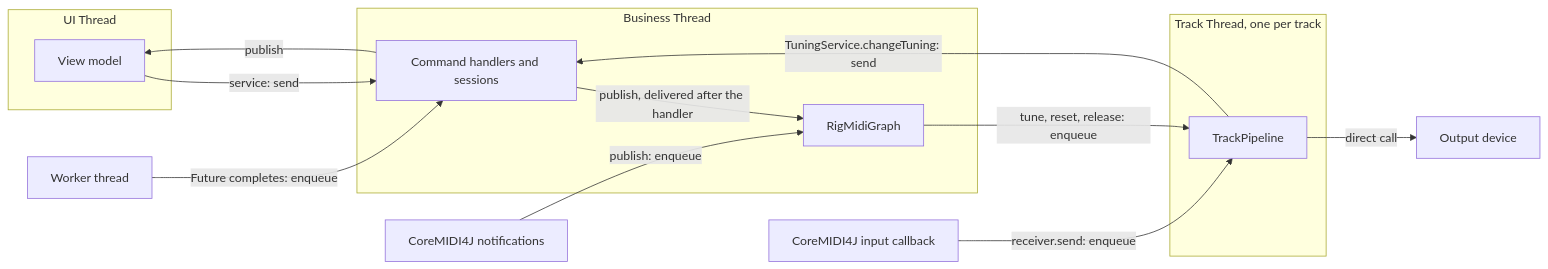
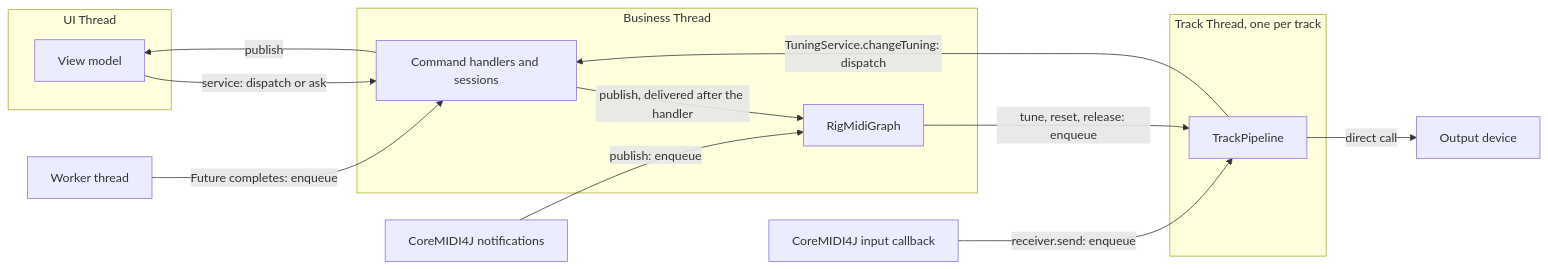
One commit to calinburloiu/microtonalist changed the diagram in issues/00383-arch-threading-and-ui/2026-10-20-design.md. Above: the diagram before and after it, drawn with Mermaid. The commit also changed other lines of this file and 1 other file, not shown here.

````diff
--- a/issues/00383-arch-threading-and-ui/2026-10-20-design.md
+++ b/issues/00383-arch-threading-and-ui/2026-10-20-design.md
@@ -105,22 +112,22 @@
 ```mermaid
 flowchart LR
   subgraph ui ["UI Thread"]
     vm[View model]
   end
   subgraph biz ["Business Thread"]
     handlers[Command handlers and sessions]
     midiGraph[RigMidiGraph]
   end
   subgraph track ["Track Thread, one per track"]
     pipeline[TrackPipeline]
   end
   midiIn[CoreMIDI4J input callback] -->|"receiver.send: enqueue"| pipeline
   pipeline -->|direct call| out[Output device]
-  pipeline -->|"TuningService.changeTuning: send"| handlers
-  vm -->|"service: send"| handlers
+  pipeline -->|"TuningService.changeTuning: dispatch"| handlers
+  vm -->|"service: dispatch or ask"| handlers
   handlers -->|"publish"| vm
   handlers -->|"publish, delivered after the handler"| midiGraph
   midiGraph -->|"tune, reset, release: enqueue"| pipeline
   devEvents[CoreMIDI4J notifications] -->|"publish: enqueue"| midiGraph
   worker[Worker thread] -->|"Future completes: enqueue"| handlers
 ```
````
